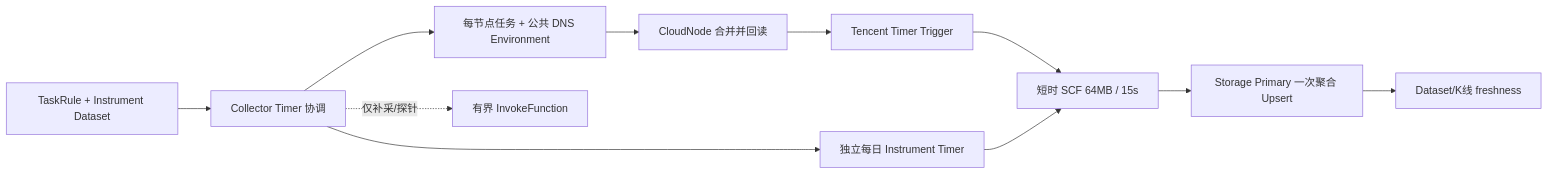
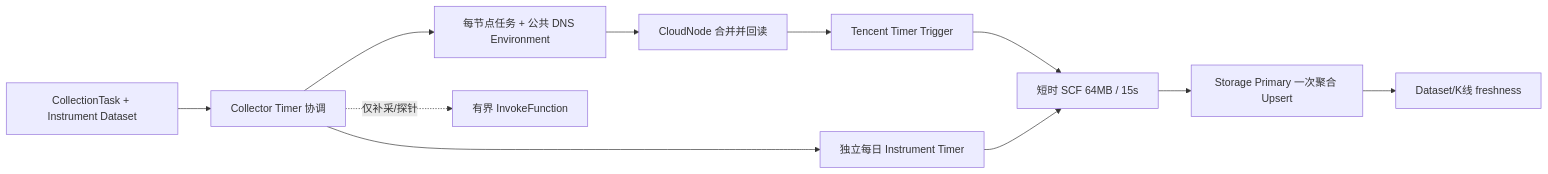
Before and after one commit to mooyang-code/moox: the diagram in docs/采集任务管理.md, drawn with Mermaid. The commit also changed other lines of this file and 49 other files, not shown here.

Commit message:
refactor: make collector results task-owned

````diff
--- a/docs/采集任务管理.md
+++ b/docs/采集任务管理.md
@@ -56,13 +56,13 @@
 ```mermaid
 flowchart LR
-  Rule["TaskRule + Instrument Dataset"] --> Collector["Collector Timer 协调"]
+  Task["CollectionTask + Instrument Dataset"] --> Collector["Collector Timer 协调"]
   Collector --> Env["每节点任务 + 公共 DNS Environment"]
   Env --> CloudNode["CloudNode 合并并回读"]
   CloudNode --> Trigger["Tencent Timer Trigger"]
   Trigger --> SCF["短时 SCF 64MB / 15s"]
   SCF --> Storage["Storage Primary 一次聚合 Upsert"]
   Storage --> Monitor["Dataset/K线 freshness"]
   Collector -. "仅补采/探针" .-> Invoke["有界 InvokeFunction"]
   Collector --> InstrumentTimer["独立每日 Instrument Timer"]
   InstrumentTimer --> SCF
 ```
````
